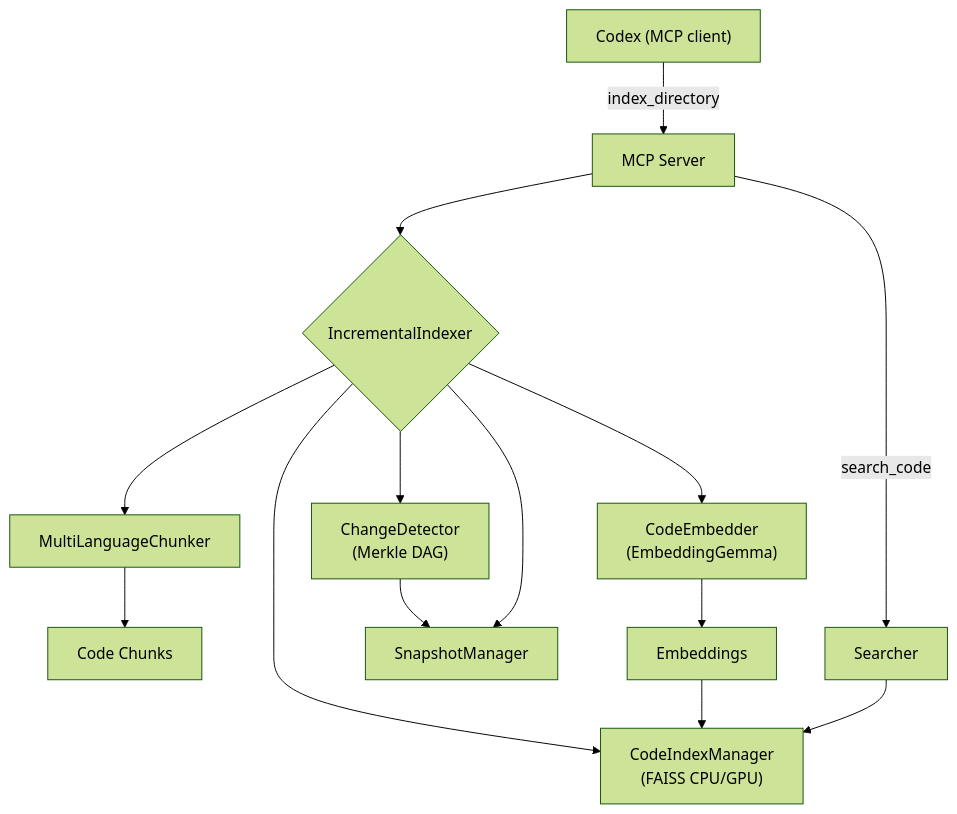
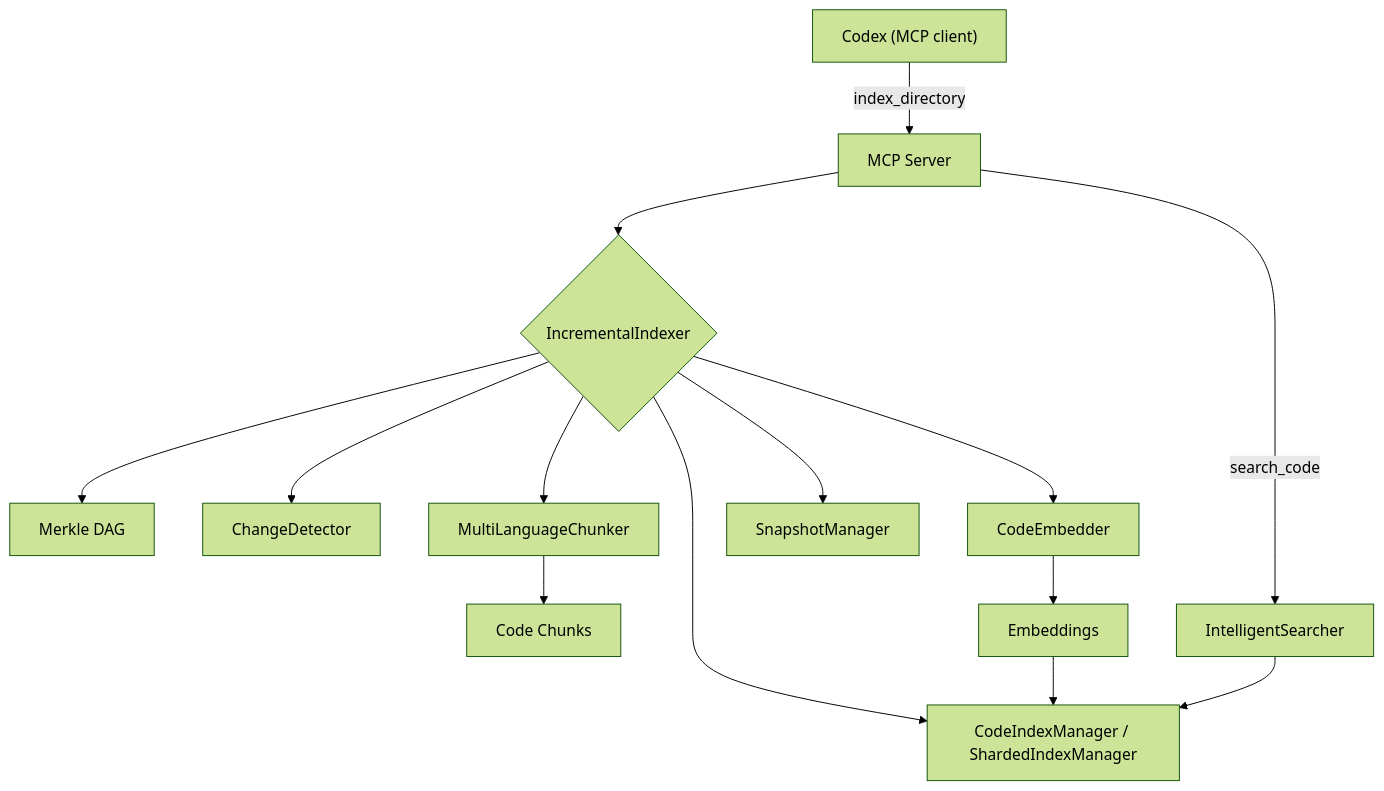
Before and after one commit to anasdayeh/claude-context-local: the diagram in README.md, drawn with Mermaid (forest theme). The commit also changed other lines of this file and 30 other files, not shown here.

First line of the commit message:
feat: implement file map for fast deletes and expose FAISS index metadata in stats

````diff
--- a/README.md
+++ b/README.md
@@ -203,16 +232,16 @@
 ```mermaid
 graph TD
     A["Codex (MCP client)"] -->|index_directory| B["MCP Server"]
     B --> C{IncrementalIndexer}
-    C --> D["ChangeDetector<br/>(Merkle DAG)"]
-    C --> E["MultiLanguageChunker"]
-    E --> F["Code Chunks"]
-    C --> G["CodeEmbedder<br/>(EmbeddingGemma)"]
-    G --> H["Embeddings"]
-    C --> I["CodeIndexManager<br/>(FAISS CPU/GPU)"]
-    H --> I
-    D --> J["SnapshotManager"]
-    C --> J
-    B -->|search_code| K["Searcher"]
-    K --> I
+    C --> D["Merkle DAG"]
+    C --> E["ChangeDetector"]
+    C --> F["MultiLanguageChunker"]
+    F --> G["Code Chunks"]
+    C --> H["CodeEmbedder"]
+    H --> I["Embeddings"]
+    C --> J["CodeIndexManager / ShardedIndexManager"]
+    I --> J
+    C --> K["SnapshotManager"]
+    B -->|search_code| L["IntelligentSearcher"]
+    L --> J
 ```
````
